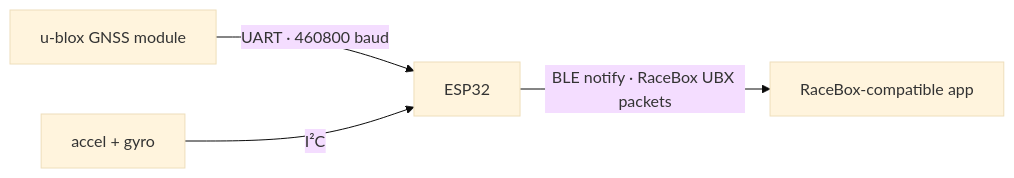
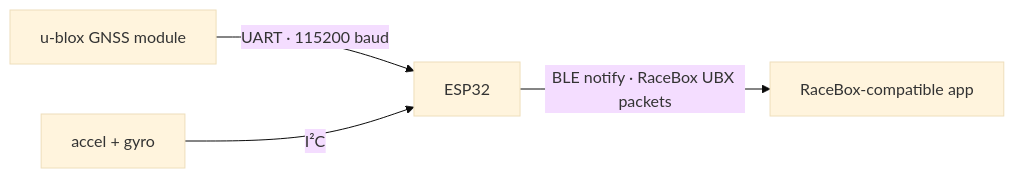
One commit to c20d-us/Gnimu changed the diagram in src/ESP32/README.md. Above: the diagram before and after it, drawn with Mermaid (base theme). The commit also changed other lines of this file, not shown here.

````diff
--- a/src/ESP32/README.md
+++ b/src/ESP32/README.md
@@ -28,6 +28,6 @@
 ```mermaid
 flowchart LR
-    GNSS["u-blox GNSS module"] -- "UART · 460800 baud" --> ESP32["ESP32"]
+    GNSS["u-blox GNSS module"] -- "UART · 115200 baud" --> ESP32["ESP32"]
     IMU["accel + gyro"] -- "I²C" --> ESP32
     ESP32 -- "BLE notify · RaceBox UBX packets" --> App["RaceBox-compatible app"]
 ```
````
